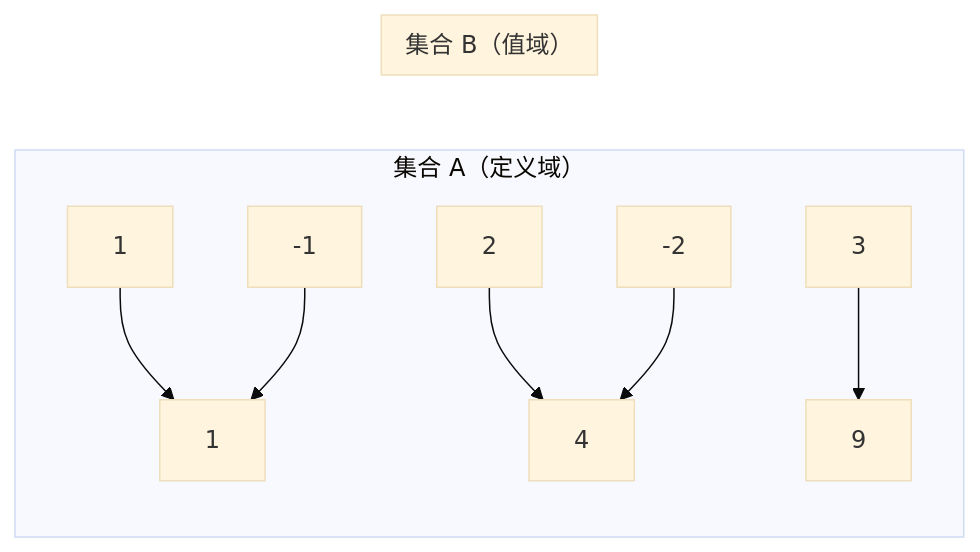
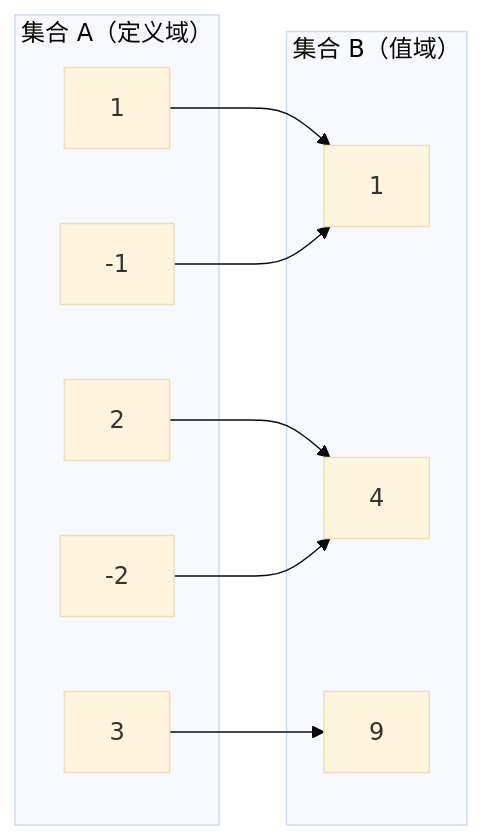
Before and after one commit to qq940500529/Artificial_Intelligence_Tutorial_zh: the diagram in 00_高中复习/01_数学基础/02_函数与图像/01_定义域与值域/01_定义域与值域.md, drawn with Mermaid (base theme). The commit also changed 1 other file, not shown here.

Commit message:
[00/数学基础] 修复：Mermaid 函数映射图渲染错误，记录问题到 AGENTS.MD
Agent-Logs-Url: https://github.com/qq940500529/Artificial_Intelligence_Tutorial_CN/sessions/919cf844-4142-495e-bfeb-0d0b7db04c57

````diff
--- a/00_高中复习/01_数学基础/02_函数与图像/01_定义域与值域/01_定义域与值域.md
+++ b/00_高中复习/01_数学基础/02_函数与图像/01_定义域与值域/01_定义域与值域.md
@@ -47,15 +47,20 @@
 ```mermaid
 graph LR
     subgraph "集合 A（定义域）"
-        a1["1"] --> b1["1"]
-        a2["2"] --> b2["4"]
-        a3["3"] --> b3["9"]
-        a4["-1"] --> b1
-        a5["-2"] --> b2
+        a1["1"]
+        a2["2"]
+        a3["3"]
+        a4["-1"]
+        a5["-2"]
     end
     subgraph "集合 B（值域）"
-        b1
-        b2
-        b3
+        b1["1"]
+        b2["4"]
+        b3["9"]
     end
+    a1 --> b1
+    a4 --> b1
+    a2 --> b2
+    a5 --> b2
+    a3 --> b3
 ```
````
